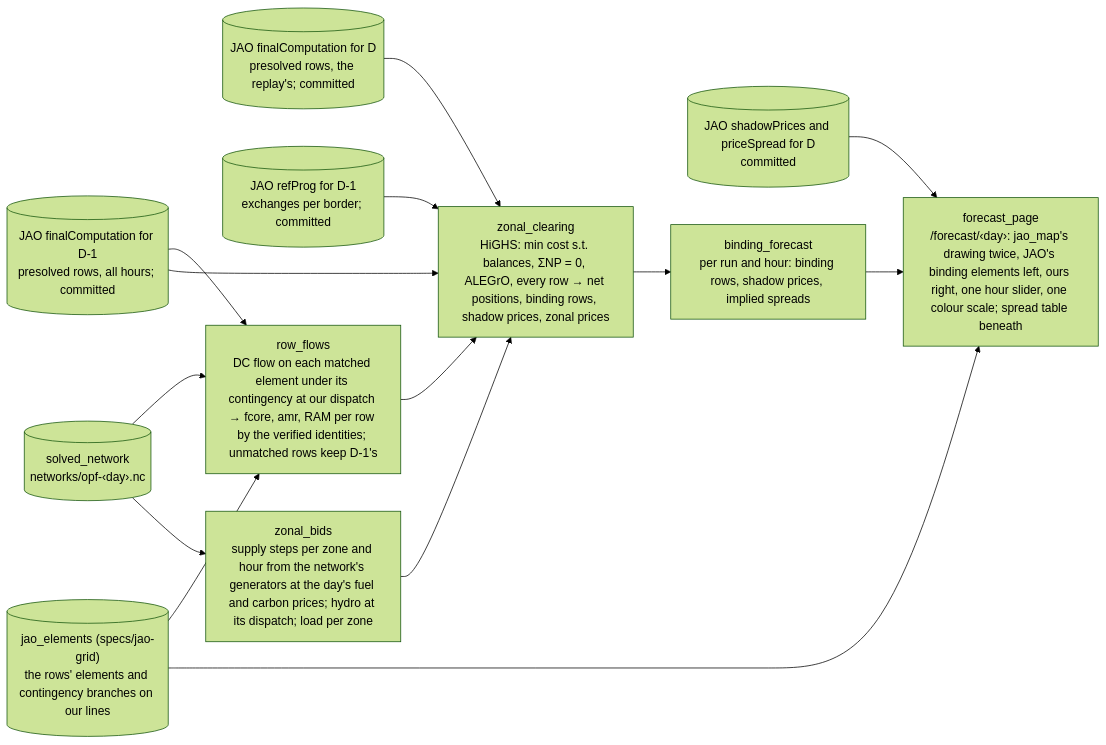
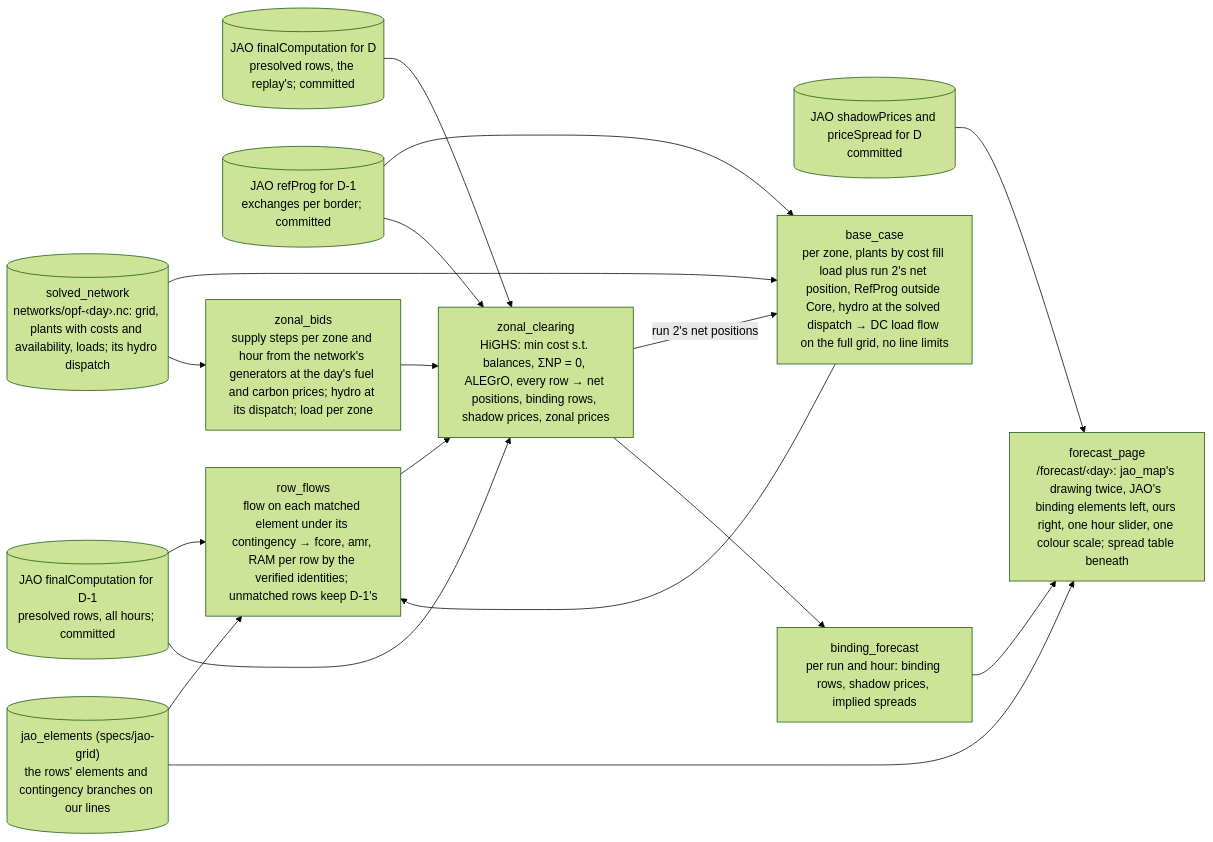
One commit to zoltanmaric/coppersushi changed the diagram in wiki/specs/core-congestion-forecast.md. Above: the diagram before and after it, drawn with Mermaid (forest theme). The commit also changed other lines of this file and 1 other file, not shown here.

First line of the commit message:
Forecast spec: the base case is a copper-plate dispatch at run 2's net positions; terms link the concept page's headings

````diff
--- a/wiki/specs/core-congestion-forecast.md
+++ b/wiki/specs/core-congestion-forecast.md
@@ -45,28 +47,32 @@
 ```mermaid
 flowchart LR
 
     rows_dm1[("JAO finalComputation for D-1<br/>presolved rows, all hours; committed")]
     rows_d[("JAO finalComputation for D<br/>presolved rows, the replay's; committed")]
     truth[("JAO shadowPrices and priceSpread for D<br/>committed")]
     refprog[("JAO refProg for D-1<br/>exchanges per border; committed")]
-    grid[("solved_network<br/>networks/opf-‹day›.nc")]
+    grid[("solved_network<br/>networks/opf-‹day›.nc: grid, plants with costs and availability, loads; its hydro dispatch")]
     elements[("jao_elements (specs/jao-grid)<br/>the rows' elements and contingency branches on our lines")]
 
     bids["zonal_bids<br/>supply steps per zone and hour from the network's generators at the day's fuel and carbon prices; hydro at its dispatch; load per zone"]
-    flows["row_flows<br/>DC flow on each matched element under its contingency at our dispatch → fcore, amr, RAM per row by the verified identities; unmatched rows keep D-1's"]
+    dispatch["base_case<br/>per zone, plants by cost fill load plus run 2's net position, RefProg outside Core, hydro at the solved dispatch → DC load flow on the full grid, no line limits"]
+    flows["row_flows<br/>flow on each matched element under its contingency → fcore, amr, RAM per row by the verified identities; unmatched rows keep D-1's"]
     lp["zonal_clearing<br/>HiGHS: min cost s.t. balances, ΣNP = 0, ALEGrO, every row → net positions, binding rows, shadow prices, zonal prices"]
     forecast["binding_forecast<br/>per run and hour: binding rows, shadow prices, implied spreads"]
     page["forecast_page<br/>/forecast/‹day›: jao_map's drawing twice, JAO's binding elements left, ours right, one hour slider, one colour scale; spread table beneath"]
 
     rows_dm1 --> flows
-    grid --> flows
+    grid --> dispatch
+    refprog --> dispatch
+    lp -- "run 2's net positions" --> dispatch
+    dispatch --> flows
     elements --> flows
     flows --> lp
     rows_dm1 --> lp
     rows_d --> lp
     grid --> bids --> lp
     refprog --> lp
     lp --> forecast --> page
     truth --> page
     elements --> page
 ```
````
